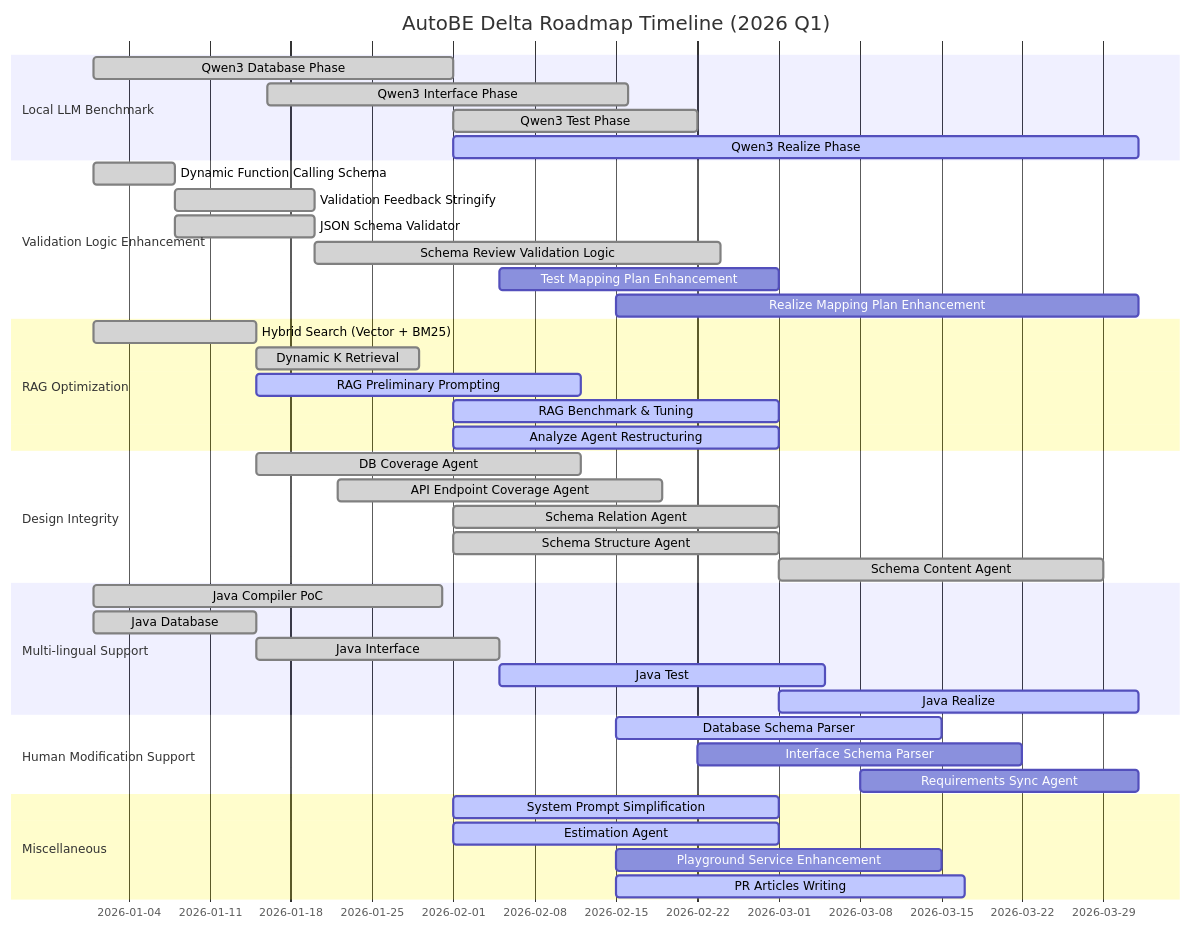
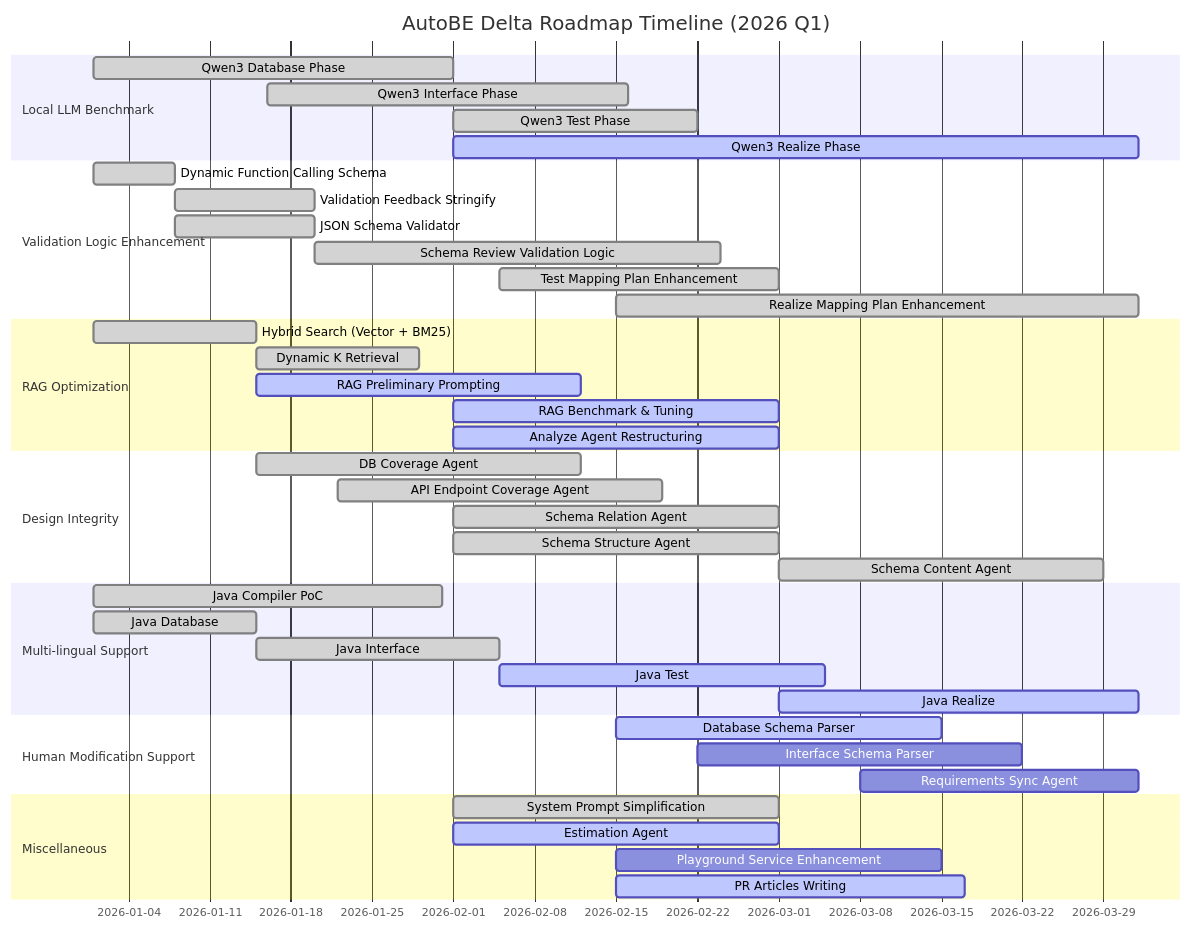
One commit to RavenView-ai/autobe changed the diagram in website/src/template/diagrams/AutoBeDeltaRoadmap.mdx. Above: the diagram before and after it, drawn with Mermaid. The commit also changed 16 other files, not shown here.

First line of the commit message:
feat(agent): enhance realize prompts. (#1117)

````diff
--- a/website/src/template/diagrams/AutoBeDeltaRoadmap.mdx
+++ b/website/src/template/diagrams/AutoBeDeltaRoadmap.mdx
@@ -1,51 +1,51 @@
 ```mermaid
 gantt
   dateFormat YYYY-MM-DD
   title AutoBE Delta Roadmap Timeline (2026 Q1)
 
   section Local LLM Benchmark
   Qwen3 Database Phase             : done,    2026-01-01, 31d
   Qwen3 Interface Phase            : done,    2026-01-16, 31d
   Qwen3 Test Phase                 : done,    2026-02-01, 21d
   Qwen3 Realize Phase              : active,  2026-02-01, 59d
 
   section Validation Logic Enhancement
-  Dynamic Function Calling Schema  : done,    2026-01-01, 7d
-  Validation Feedback Stringify    : done,    2026-01-08, 12d
-  JSON Schema Validator            : done,    2026-01-08, 12d
-  Schema Review Validation Logic   : done,    2026-01-20, 35d
-  Test Mapping Plan Enhancement    : planned, 2026-02-05, 24d
-  Realize Mapping Plan Enhancement : planned, 2026-02-15, 45d
+  Dynamic Function Calling Schema  : done, 2026-01-01, 7d
+  Validation Feedback Stringify    : done, 2026-01-08, 12d
+  JSON Schema Validator            : done, 2026-01-08, 12d
+  Schema Review Validation Logic   : done, 2026-01-20, 35d
+  Test Mapping Plan Enhancement    : done, 2026-02-05, 24d
+  Realize Mapping Plan Enhancement : done, 2026-02-15, 45d
 
   section RAG Optimization
-  Hybrid Search (Vector + BM25)    : done,    2026-01-01, 14d
-  Dynamic K Retrieval              : done,    2026-01-15, 14d
-  RAG Preliminary Prompting        : active,  2026-01-15, 28d
-  RAG Benchmark & Tuning           : active,  2026-02-01, 28d
-  Analyze Agent Restructuring      : active,  2026-02-01, 28d
+  Hybrid Search (Vector + BM25)    : done,   2026-01-01, 14d
+  Dynamic K Retrieval              : done,   2026-01-15, 14d
+  RAG Preliminary Prompting        : active, 2026-01-15, 28d
+  RAG Benchmark & Tuning           : active, 2026-02-01, 28d
+  Analyze Agent Restructuring      : active, 2026-02-01, 28d
 
   section Design Integrity
-  DB Coverage Agent                : done,    2026-01-15, 28d
-  API Endpoint Coverage Agent      : done,    2026-01-22, 28d
-  Schema Relation Agent            : done,    2026-02-01, 28d
-  Schema Structure Agent           : done,    2026-02-01, 28d
-  Schema Content Agent             : done,    2026-03-01, 28d
+  DB Coverage Agent                : done, 2026-01-15, 28d
+  API Endpoint Coverage Agent      : done, 2026-01-22, 28d
+  Schema Relation Agent            : done, 2026-02-01, 28d
+  Schema Structure Agent           : done, 2026-02-01, 28d
+  Schema Content Agent             : done, 2026-03-01, 28d
 
   section Multi-lingual Support
-  Java Compiler PoC                : done,    2026-01-01, 30d
-  Java Database                    : done,    2026-01-01, 14d
-  Java Interface                   : done,    2026-01-15, 21d
-  Java Test                        : active,  2026-02-05, 28d
-  Java Realize                     : active,  2026-03-01, 31d
+  Java Compiler PoC                : done,   2026-01-01, 30d
+  Java Database                    : done,   2026-01-01, 14d
+  Java Interface                   : done,   2026-01-15, 21d
+  Java Test                        : active, 2026-02-05, 28d
+  Java Realize                     : active, 2026-03-01, 31d
 
   section Human Modification Support
   Database Schema Parser           : active,  2026-02-15, 28d
   Interface Schema Parser          : planned, 2026-02-22, 28d
   Requirements Sync Agent          : planned, 2026-03-08, 24d
 
   section Miscellaneous
-  System Prompt Simplification     : active,  2026-02-01, 28d
+  System Prompt Simplification     : done,    2026-02-01, 28d
   Estimation Agent                 : active,  2026-02-01, 28d
   Playground Service Enhancement   : planned, 2026-02-15, 28d
   PR Articles Writing              : active,  2026-02-15, 30d
 ```
````
